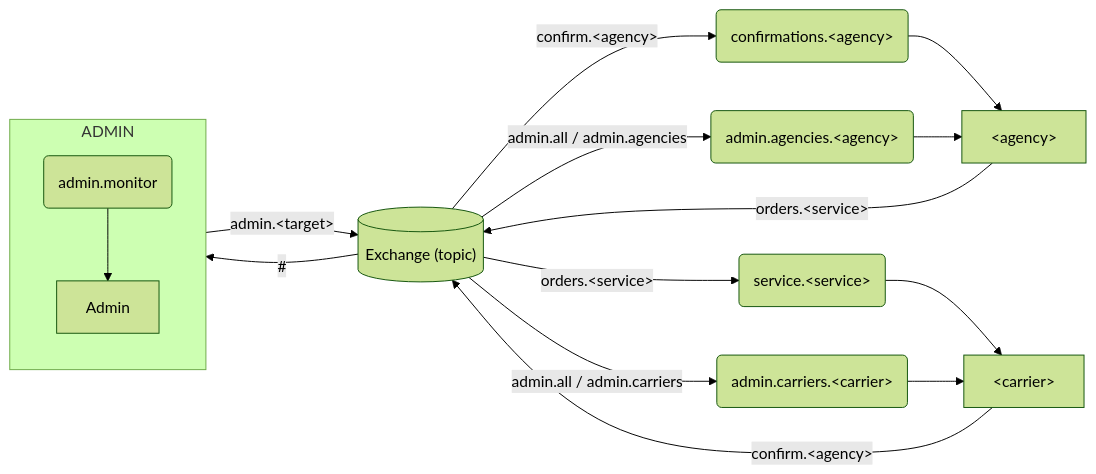
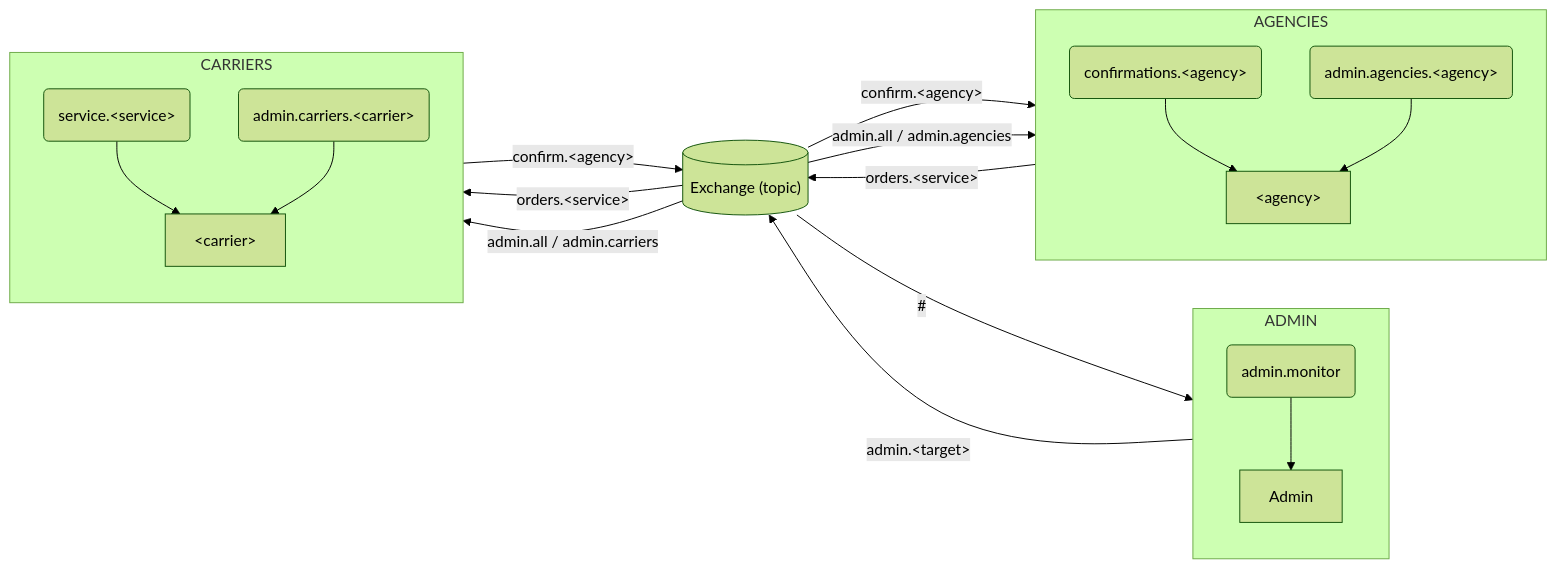
The diagram in sem6/rozprochy/tasks/task5/schema.md (Mosder/agh), drawn with Mermaid (forest theme) before and after one commit.

Commit message:
rozprochy

````diff
--- a/sem6/rozprochy/tasks/task5/schema.md
+++ b/sem6/rozprochy/tasks/task5/schema.md
@@ -1,19 +1,33 @@
 ```mermaid
 flowchart LR
     subgraph ADMIN
         direction TB
         AD[Admin]
         QAD(admin.monitor)
     end
 
-    AD -- admin.&lt;target&gt; --> X
+    subgraph AGENCIES
+        direction TB
+        A[&lt;agency&gt;]
+        QA(confirmations.&lt;agency&gt;)
+        QAAD(admin.agencies.&lt;agency&gt;)
+    end
+
+    subgraph CARRIERS
+        direction TB
+        C[&lt;carrier&gt;]
+        QS(service.&lt;service&gt;)
+        QC(admin.carriers.&lt;carrier&gt;)
+    end
+
+    AD -- admin.&lt;target&gt; --> X[("Exchange (topic)")]
     X -- "#" --> QAD --> AD
 
-    A[&lt;agency&gt;] -- orders.&lt;service&gt; --> X[("Exchange (topic)")]
-    X -- confirm.&lt;agency&gt; --> QA(confirmations.&lt;agency&gt;) --> A
-    X -- admin.all / admin.agencies --> QAAD(admin.agencies.&lt;agency&gt;) --> A
+    A -- orders.&lt;service&gt; --> X
+    X -- confirm.&lt;agency&gt; --> QA --> A
+    X -- admin.all / admin.agencies --> QAAD --> A
 
-    C[&lt;carrier&gt;] -- confirm.&lt;agency&gt; --> X
-    X -- orders.&lt;service&gt; --> QS(service.&lt;service&gt;) --> C
-    X -- admin.all / admin.carriers --> QC(admin.carriers.&lt;carrier&gt;) --> C
+    C -- confirm.&lt;agency&gt; --> X
+    X -- orders.&lt;service&gt; --> QS --> C
+    X -- admin.all / admin.carriers --> QC --> C
 ```
````
